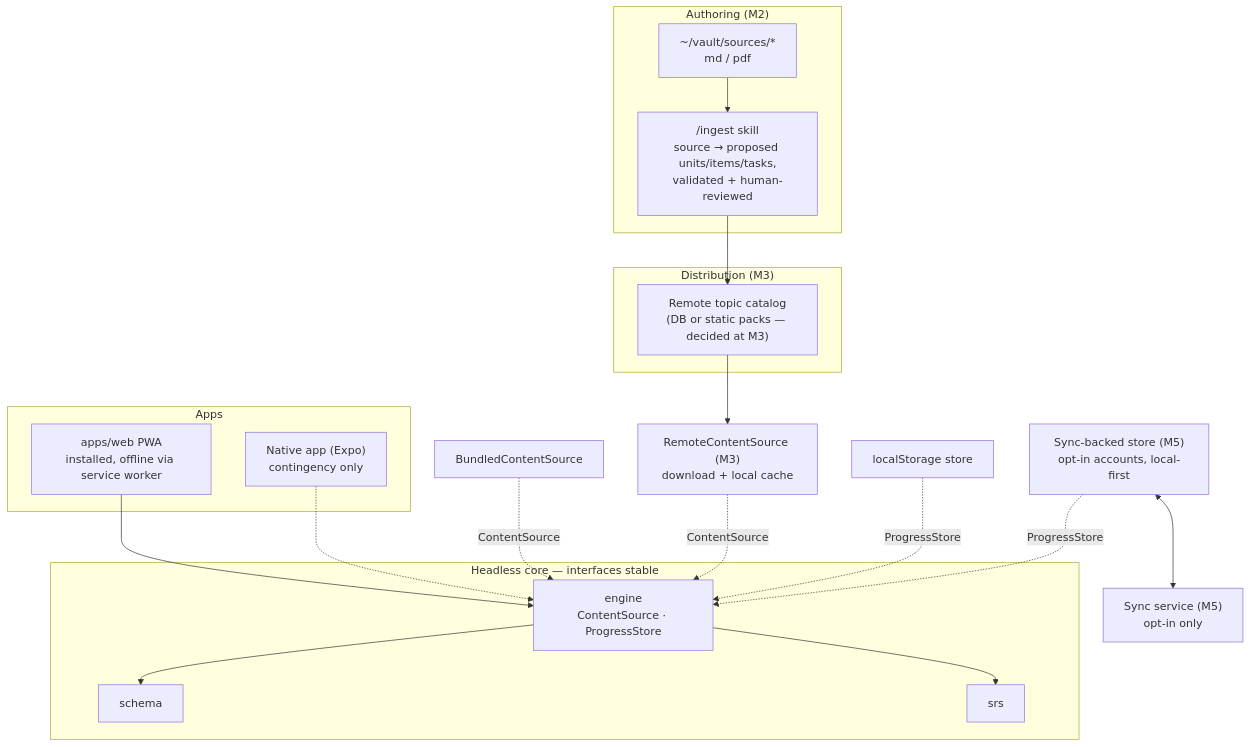
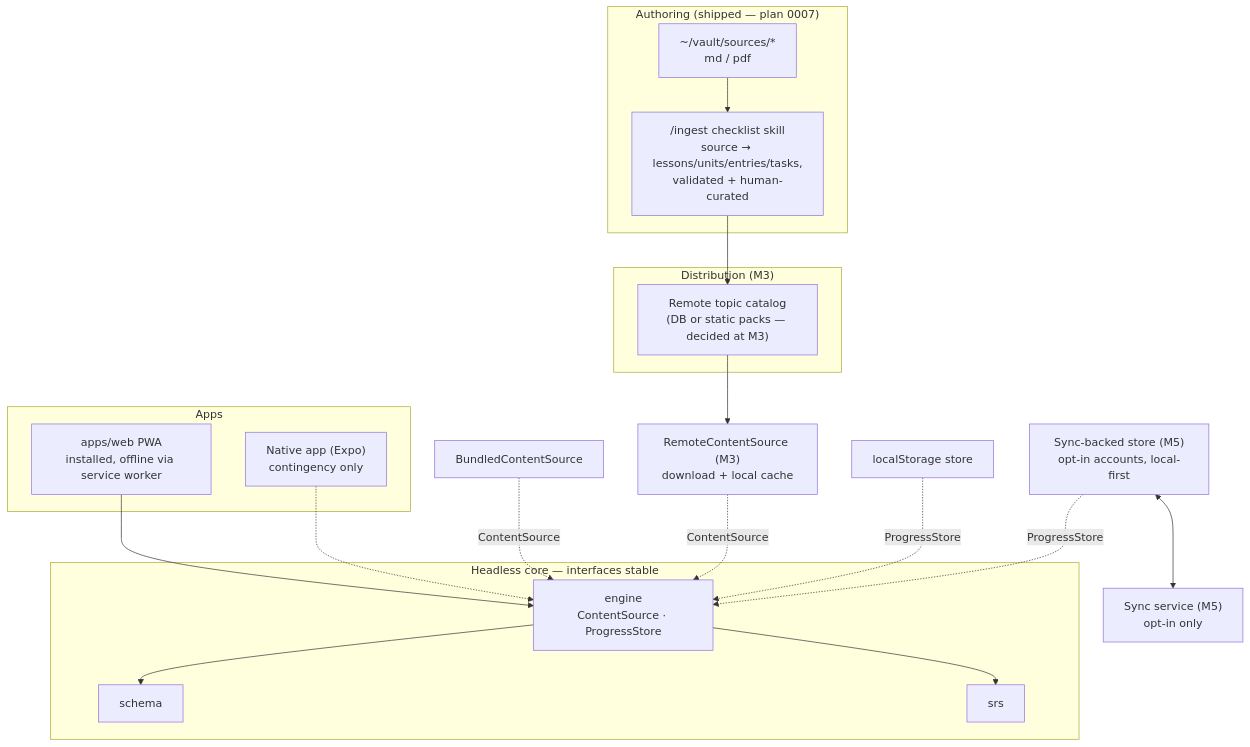
Before and after one commit to MoritzHauer/BetterBeaver: the third of 3 diagrams in docs/architecture.md, drawn with Mermaid. The commit also changed other lines of this file and 12 other files, not shown here.

````diff
--- a/docs/architecture.md
+++ b/docs/architecture.md
@@ -78,41 +81,41 @@
 ```mermaid
 graph TD
-    subgraph authoring ["Authoring (M2)"]
+    subgraph authoring ["Authoring (shipped — plan 0007)"]
         sources["~/vault/sources/*<br/>md / pdf"]
-        ingest["/ingest skill<br/>source → proposed units/items/tasks,<br/>validated + human-reviewed"]
+        ingest["/ingest checklist skill<br/>source → lessons/units/entries/tasks,<br/>validated + human-curated"]
         sources --> ingest
     end
 
     subgraph distribution ["Distribution (M3)"]
         catalog["Remote topic catalog<br/>(DB or static packs — decided at M3)"]
     end
     ingest --> catalog
 
     subgraph headless ["Headless core — interfaces stable"]
         schema["schema"]
         srs["srs"]
         engine["engine<br/>ContentSource · ProgressStore"]
         engine --> schema
         engine --> srs
     end
 
     subgraph apps ["Apps"]
         pwa["apps/web PWA<br/>installed, offline via service worker"]
         native["Native app (Expo)<br/>contingency only"]
     end
     pwa --> engine
     native -.-> engine
 
     bundled["BundledContentSource"]
     remote["RemoteContentSource (M3)<br/>download + local cache"]
     bundled -.->|ContentSource| engine
     remote -.->|ContentSource| engine
     catalog --> remote
 
     localstore["localStorage store"]
     syncstore["Sync-backed store (M5)<br/>opt-in accounts, local-first"]
     localstore -.->|ProgressStore| engine
     syncstore -.->|ProgressStore| engine
     syncBackend["Sync service (M5)<br/>opt-in only"]
     syncstore <--> syncBackend
 ```
````
